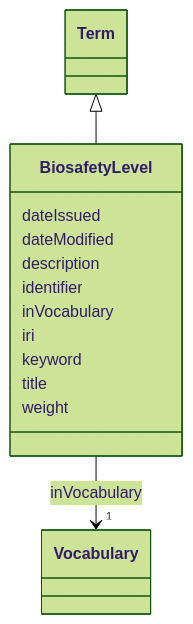
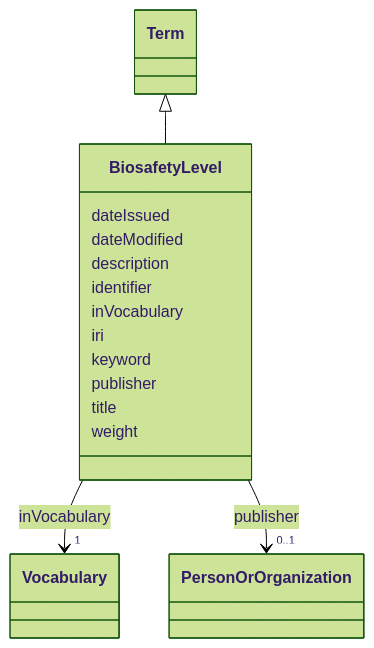
One commit to EVORA-project/evora-ontology changed the diagram in models/docs/BiosafetyLevel.md. Above: the diagram before and after it, drawn with Mermaid (forest theme). The commit also changed other lines of this file and 468 other files, not shown here.

````diff
--- a/models/docs/BiosafetyLevel.md
+++ b/models/docs/BiosafetyLevel.md
@@ -19,34 +19,43 @@
 ```mermaid
  classDiagram
     class BiosafetyLevel
     click BiosafetyLevel href "../BiosafetyLevel"
       Term <|-- BiosafetyLevel
         click Term href "../Term"
       
       BiosafetyLevel : dateIssued
         
       BiosafetyLevel : dateModified
         
       BiosafetyLevel : description
         
       BiosafetyLevel : identifier
         
       BiosafetyLevel : inVocabulary
         
           
     
     
     BiosafetyLevel --> "1" Vocabulary : inVocabulary
     click Vocabulary href "../Vocabulary"
 
         
       BiosafetyLevel : iri
         
       BiosafetyLevel : keyword
         
+      BiosafetyLevel : publisher
+        
+          
+    
+    
+    BiosafetyLevel --> "0..1" PersonOrOrganization : publisher
+    click PersonOrOrganization href "../PersonOrOrganization"
+
+        
       BiosafetyLevel : title
         
       BiosafetyLevel : weight
         
       
 ```
````
